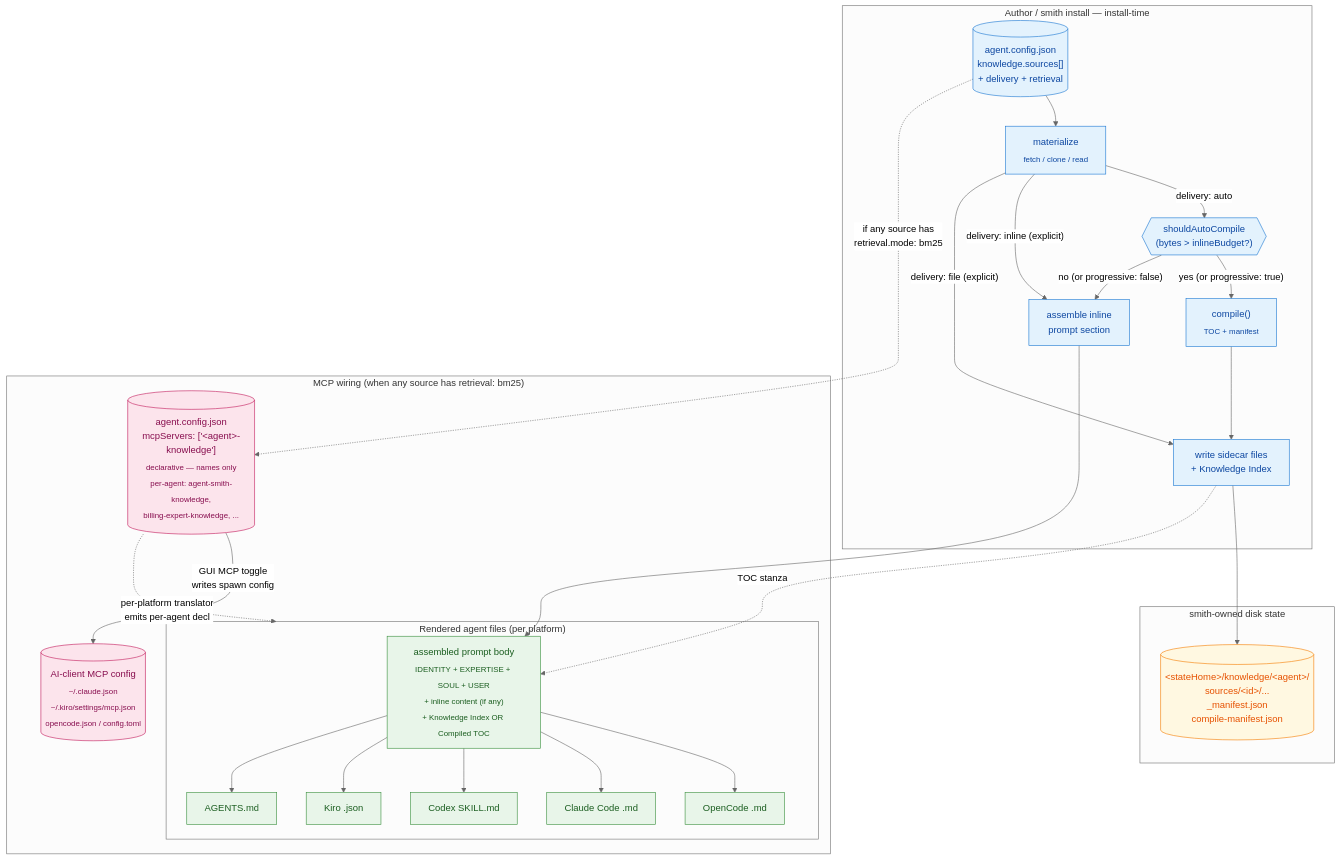
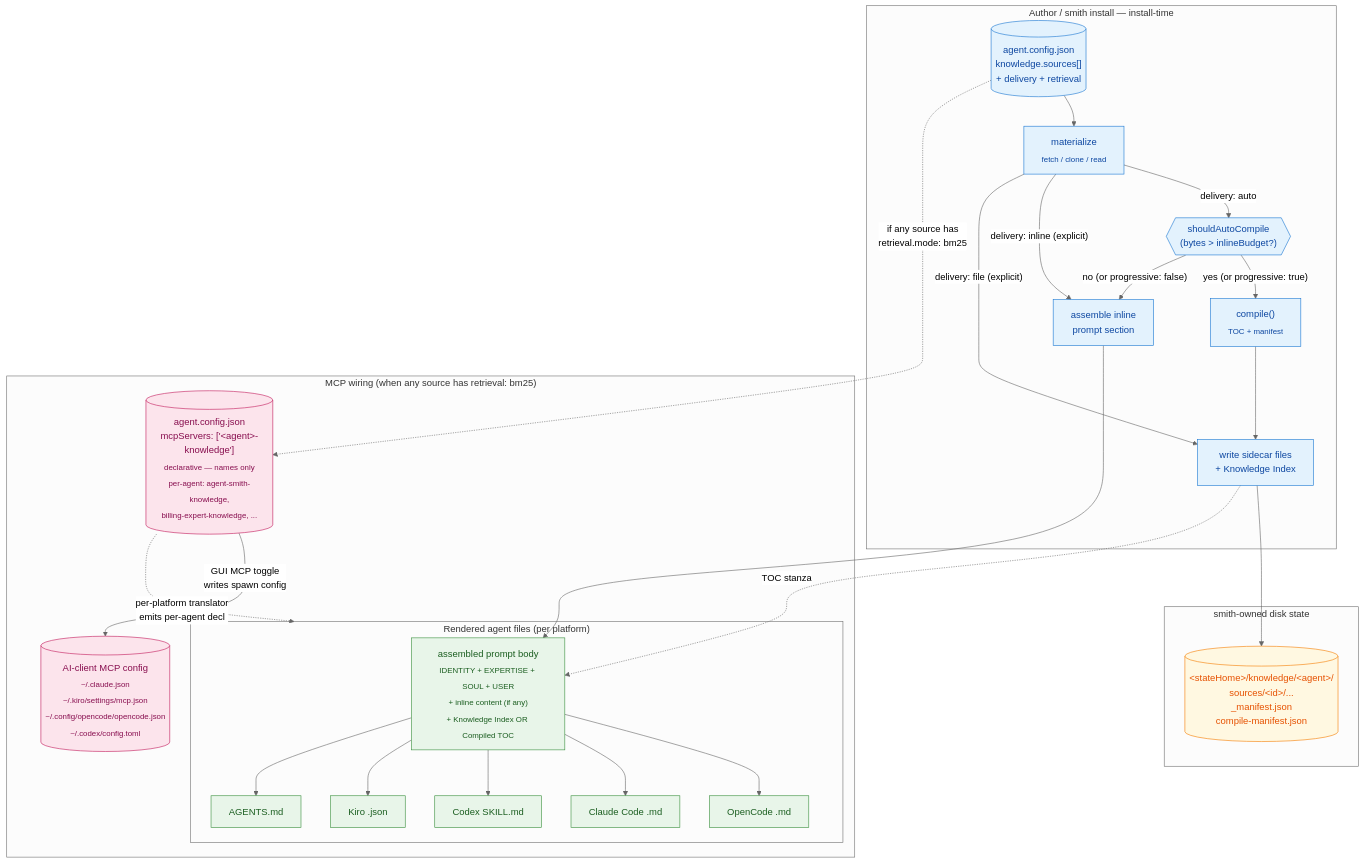
The fourth of 6 diagrams in ARCHITECTURE.md (eliharoun/agent-smith), drawn with Mermaid (neutral theme) before and after one commit. The commit also changed other lines of this file and 10 other files, not shown here.

````diff
--- a/ARCHITECTURE.md
+++ b/ARCHITECTURE.md
@@ -316,49 +316,49 @@
 ```mermaid
 flowchart TB
     subgraph Author["Author / smith install — install-time"]
         Cfg[("agent.config.json<br/>knowledge.sources[]<br/>+ delivery + retrieval")]
         Mat["materialize<br/><sub>fetch / clone / read</sub>"]
         Heur{{"shouldAutoCompile<br/>(bytes > inlineBudget?)"}}
         Compile["compile()<br/><sub>TOC + manifest</sub>"]
         Cfg --> Mat
         Mat -->|"delivery: auto"| Heur
         Heur -->|"yes (or progressive: true)"| Compile
         Heur -->|"no (or progressive: false)"| Inl
         Mat -->|"delivery: inline (explicit)"| Inl["assemble inline<br/>prompt section"]
         Mat -->|"delivery: file (explicit)"| Side["write sidecar files<br/>+ Knowledge Index"]
         Compile --> Side
     end
 
     subgraph Disk["smith-owned disk state"]
         KDir[("&lt;stateHome&gt;/knowledge/&lt;agent&gt;/<br/>sources/&lt;id&gt;/...<br/>_manifest.json<br/>compile-manifest.json")]
         Side --> KDir
     end
 
     subgraph Render["Rendered agent files (per platform)"]
         Body["assembled prompt body<br/><sub>IDENTITY + EXPERTISE + SOUL + USER<br/>+ inline content (if any)<br/>+ Knowledge Index OR Compiled TOC</sub>"]
         Inl --> Body
         Side -.->|TOC stanza| Body
         Body --> OC[OpenCode .md]
         Body --> CC[Claude Code .md]
         Body --> CX[Codex SKILL.md]
         Body --> KR[Kiro .json]
         Body --> AM[AGENTS.md]
     end
 
     subgraph MCP["MCP wiring (when any source has retrieval: bm25)"]
         BundleMcp[("agent.config.json<br/>mcpServers: ['&lt;agent&gt;-knowledge']<br/><sub>declarative — names only<br/>per-agent: agent-smith-knowledge,<br/>billing-expert-knowledge, ...</sub>")]
         Cfg -.->|"if any source has<br/>retrieval.mode: bm25"| BundleMcp
-        ClientCfg[("AI-client MCP config<br/><sub>~/.claude.json<br/>~/.kiro/settings/mcp.json<br/>opencode.json / config.toml</sub>")]
+        ClientCfg[("AI-client MCP config<br/><sub>~/.claude.json<br/>~/.kiro/settings/mcp.json<br/>~/.config/opencode/opencode.json<br/>~/.codex/config.toml</sub>")]
         BundleMcp -->|"GUI MCP toggle<br/>writes spawn config"| ClientCfg
         BundleMcp -.->|"per-platform translator<br/>emits per-agent decl"| Render
     end
 
     classDef author fill:#e3f2fd,stroke:#1976d2,color:#0d47a1
     classDef disk fill:#fff8e1,stroke:#f57c00,color:#e65100
     classDef render fill:#e8f5e9,stroke:#388e3c,color:#1b5e20
     classDef mcp fill:#fce4ec,stroke:#c2185b,color:#880e4f
     class Cfg,Mat,Heur,Compile,Inl,Side author
     class KDir disk
     class Body,OC,CC,CX,KR,AM render
     class BundleMcp,ClientCfg mcp
 ```
````
